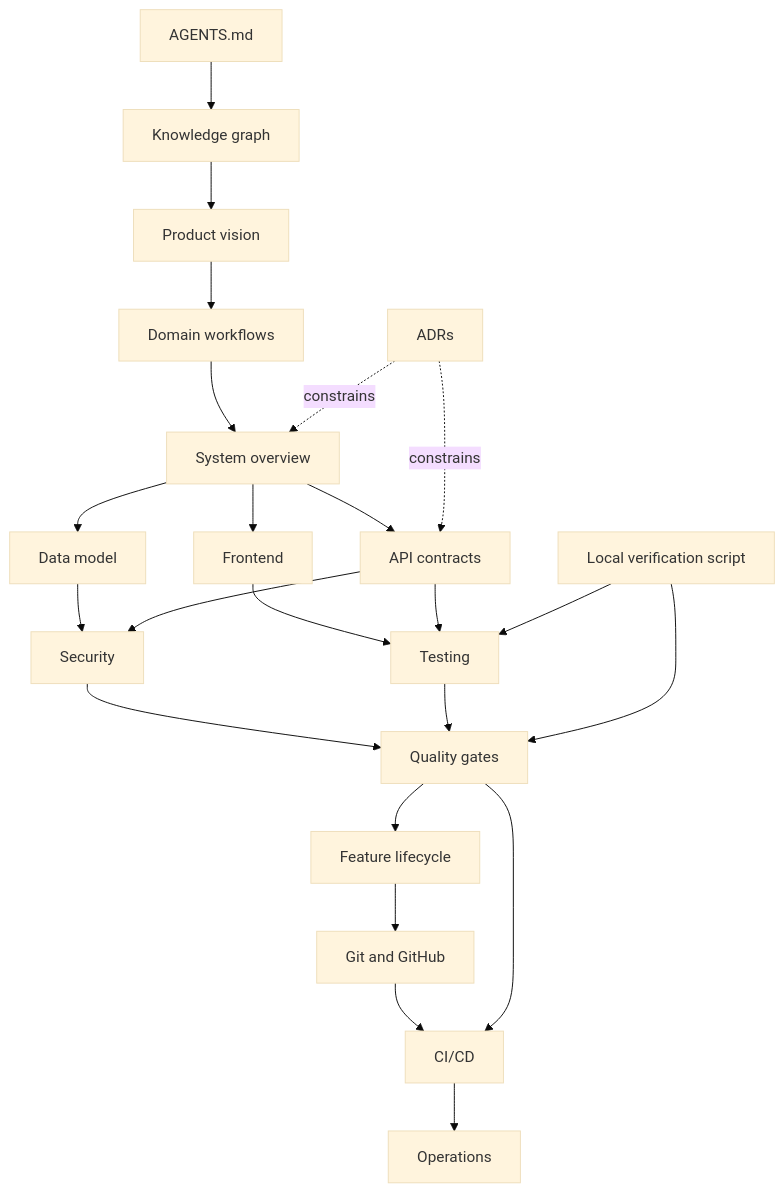
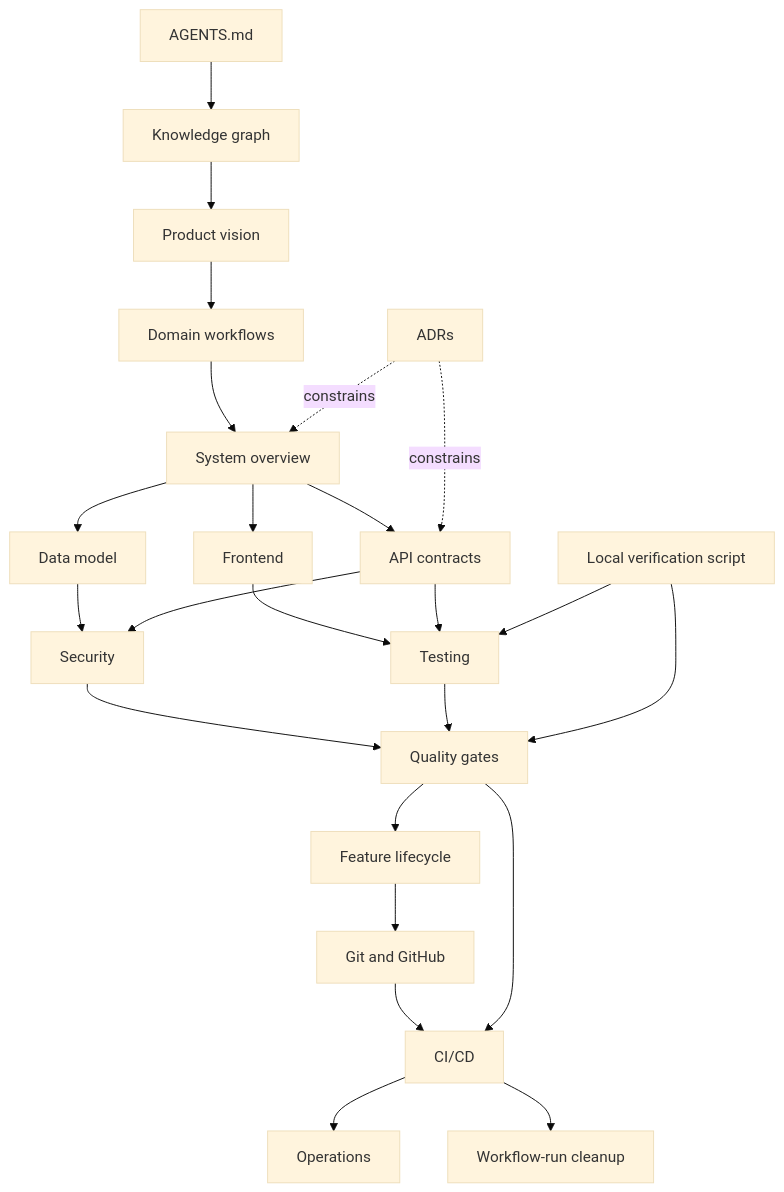
One commit to AminBrave/rad-art-marketplace changed the diagram in docs/knowledge-graph.md. Above: the diagram before and after it, drawn with Mermaid (base theme). The commit also changed other lines of this file and 3 other files, not shown here.

Commit message:
ci: add scheduled workflow run cleanup

````diff
--- a/docs/knowledge-graph.md
+++ b/docs/knowledge-graph.md
@@ -5,25 +5,26 @@
 ```mermaid
 flowchart TD
  A[AGENTS.md] --> K[Knowledge graph]
  K --> P[Product vision]
  P --> D[Domain workflows]
  D --> S[System overview]
  S --> M[Data model]
  S --> F[Frontend]
  S --> API[API contracts]
  M --> SEC[Security]
  API --> SEC
  F --> T[Testing]
  API --> T
  SEC --> Q[Quality gates]
  T --> Q
  Q --> L[Feature lifecycle]
  L --> G[Git and GitHub]
  G --> C[CI/CD]
  Q --> C
  C --> O[Operations]
+ C --> R[Workflow-run cleanup]
  ADR[ADRs] -. constrains .-> S
  ADR -. constrains .-> API
  V[Local verification script] --> T
  V --> Q
 ```
````
